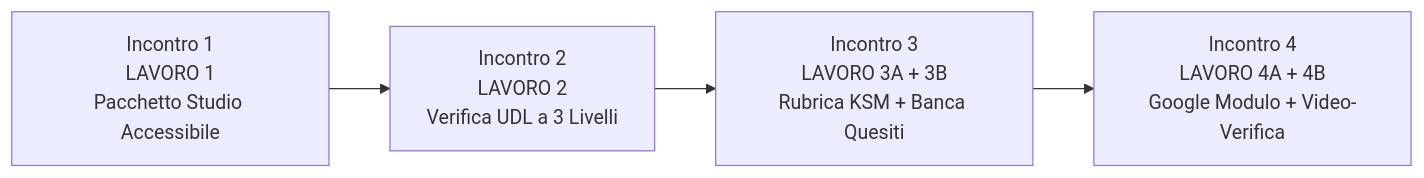
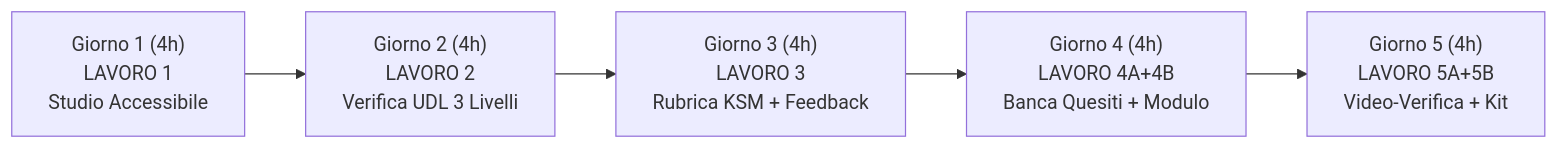
Before and after one commit to Amarte81/valutare-per-crescere-ia: the diagram in Incontro_1/Incontro_1_Slide_Visualizzazione_Aula.md, drawn with Mermaid. The commit also changed other lines of this file and 8 other files, not shown here.

````diff
--- a/Incontro_1/Incontro_1_Slide_Visualizzazione_Aula.md
+++ b/Incontro_1/Incontro_1_Slide_Visualizzazione_Aula.md
@@ -51,6 +52,7 @@
 ```mermaid
 flowchart LR
-    L1["Incontro 1<br/>LAVORO 1<br/>Pacchetto Studio Accessibile"] --> L2["Incontro 2<br/>LAVORO 2<br/>Verifica UDL a 3 Livelli"]
-    L2 --> L3["Incontro 3<br/>LAVORO 3A + 3B<br/>Rubrica KSM + Banca Quesiti"]
-    L3 --> L4["Incontro 4<br/>LAVORO 4A + 4B<br/>Google Modulo + Video-Verifica"]
+    G1["Giorno 1 (4h)<br/>LAVORO 1<br/>Studio Accessibile"] --> G2["Giorno 2 (4h)<br/>LAVORO 2<br/>Verifica UDL 3 Livelli"]
+    G2 --> G3["Giorno 3 (4h)<br/>LAVORO 3<br/>Rubrica KSM + Feedback"]
+    G3 --> G4["Giorno 4 (4h)<br/>LAVORO 4A+4B<br/>Banca Quesiti + Modulo"]
+    G4 --> G5["Giorno 5 (4h)<br/>LAVORO 5A+5B<br/>Video-Verifica + Kit"]
 ```
````
